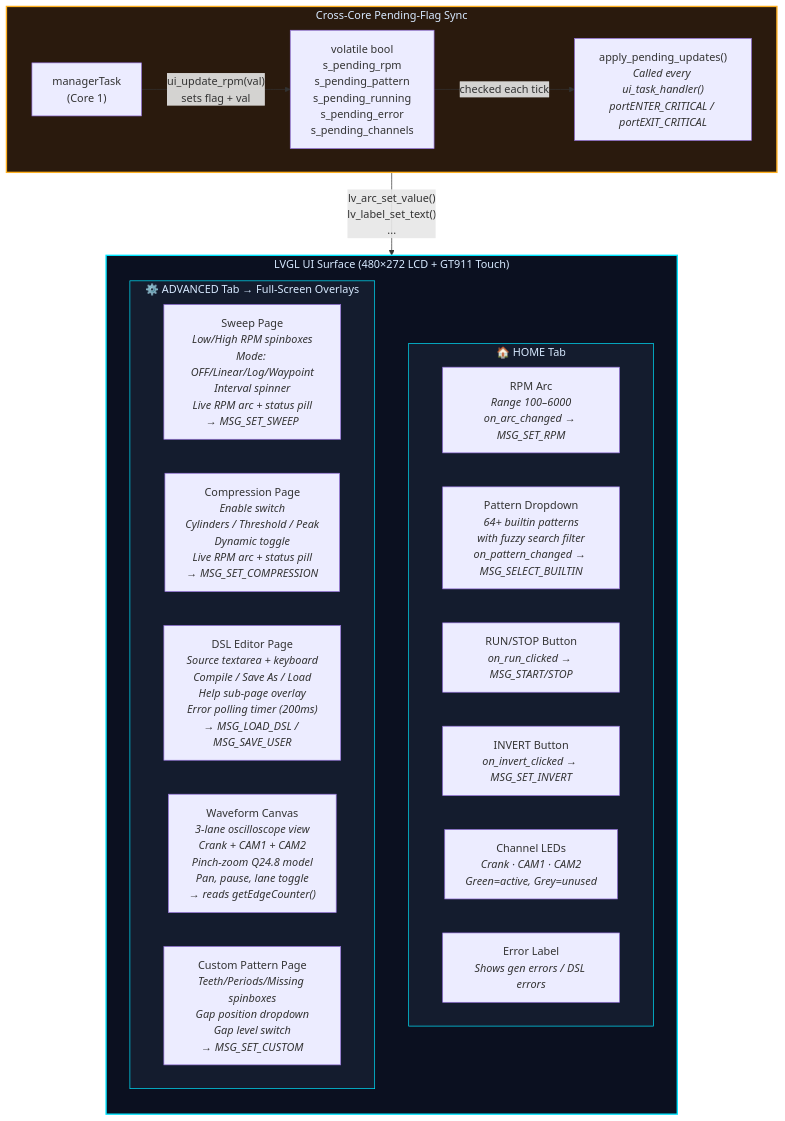
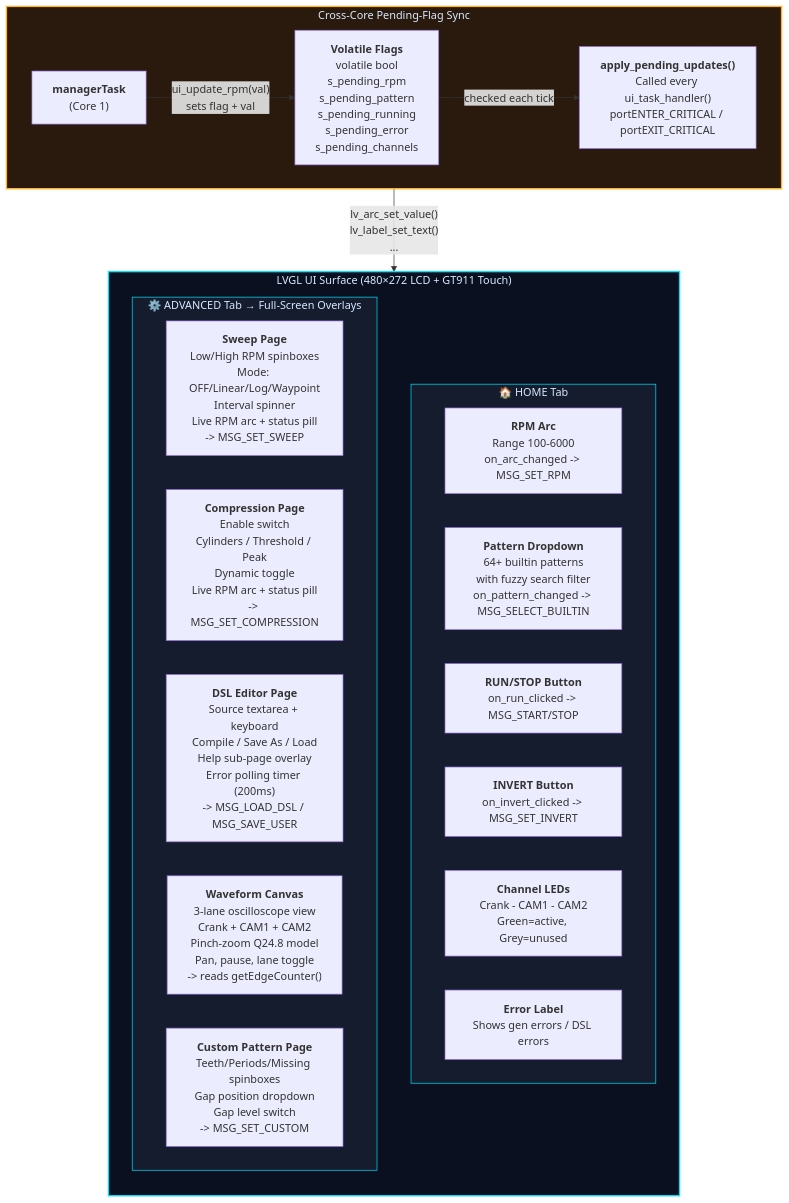
Before and after one commit to mfares-88/Signal_Generator: the fifth of 11 diagrams in _0.Overview-Diagram/architecture_diagram.md, drawn with Mermaid. The commit also changed other lines of this file and 3 other files, not shown here.

```diff
--- a/_0.Overview-Diagram/architecture_diagram.md
+++ b/_0.Overview-Diagram/architecture_diagram.md
@@ -276,33 +374,79 @@
         direction TB
 
         subgraph HOME["🏠 HOME Tab"]
-            ARC["RPM Arc<br/><i>Range 100–6000</i><br/><i>on_arc_changed → MSG_SET_RPM</i>"]
-            DD["Pattern Dropdown<br/><i>64+ builtin patterns</i><br/><i>with fuzzy search filter</i><br/><i>on_pattern_changed → MSG_SELECT_BUILTIN</i>"]
-            BTN_RUN["RUN/STOP Button<br/><i>on_run_clicked → MSG_START/STOP</i>"]
-            BTN_INV["INVERT Button<br/><i>on_invert_clicked → MSG_SET_INVERT</i>"]
-            LEDS["Channel LEDs<br/><i>Crank · CAM1 · CAM2</i><br/><i>Green=active, Grey=unused</i>"]
-            ERR["Error Label<br/><i>Shows gen errors / DSL errors</i>"]
+            ARC["`**RPM Arc**
+            Range 100-6000
+            on_arc_changed -> MSG_SET_RPM`"]
+            DD["`**Pattern Dropdown**
+            64+ builtin patterns
+            with fuzzy search filter
+            on_pattern_changed -> MSG_SELECT_BUILTIN`"]
+            BTN_RUN["`**RUN/STOP Button**
+            on_run_clicked -> MSG_START/STOP`"]
+            BTN_INV["`**INVERT Button**
+            on_invert_clicked -> MSG_SET_INVERT`"]
+            LEDS["`**Channel LEDs**
+            Crank - CAM1 - CAM2
+            Green=active, Grey=unused`"]
+            ERR["`**Error Label**
+            Shows gen errors / DSL errors`"]
         end
 
         subgraph ADV["⚙️ ADVANCED Tab → Full-Screen Overlays"]
             direction LR
-            SWEEP_PAGE["Sweep Page<br/><i>Low/High RPM spinboxes</i><br/><i>Mode: OFF/Linear/Log/Waypoint</i><br/><i>Interval spinner</i><br/><i>Live RPM arc + status pill</i><br/><i>→ MSG_SET_SWEEP</i>"]
-            COMP_PAGE["Compression Page<br/><i>Enable switch</i><br/><i>Cylinders / Threshold / Peak</i><br/><i>Dynamic toggle</i><br/><i>Live RPM arc + status pill</i><br/><i>→ MSG_SET_COMPRESSION</i>"]
-            DSL_PAGE["DSL Editor Page<br/><i>Source textarea + keyboard</i><br/><i>Compile / Save As / Load</i><br/><i>Help sub-page overlay</i><br/><i>Error polling timer (200ms)</i><br/><i>→ MSG_LOAD_DSL / MSG_SAVE_USER</i>"]
-            WAVE_PAGE["Waveform Canvas<br/><i>3-lane oscilloscope view</i><br/><i>Crank + CAM1 + CAM2</i><br/><i>Pinch-zoom Q24.8 model</i><br/><i>Pan, pause, lane toggle</i><br/><i>→ reads getEdgeCounter()</i>"]
-            CUSTOM_PAGE["Custom Pattern Page<br/><i>Teeth/Periods/Missing spinboxes</i><br/><i>Gap position dropdown</i><br/><i>Gap level switch</i><br/><i>→ MSG_SET_CUSTOM</i>"]
+            SWEEP_PAGE["`**Sweep Page**
+            Low/High RPM spinboxes
+            Mode: OFF/Linear/Log/Waypoint
+            Interval spinner
+            Live RPM arc + status pill
+            -> MSG_SET_SWEEP`"]
+            COMP_PAGE["`**Compression Page**
+            Enable switch
+            Cylinders / Threshold / Peak
+            Dynamic toggle
+            Live RPM arc + status pill
+            -> MSG_SET_COMPRESSION`"]
+            DSL_PAGE["`**DSL Editor Page**
+            Source textarea + keyboard
+            Compile / Save As / Load
+            Help sub-page overlay
+            Error polling timer (200ms)
+            -> MSG_LOAD_DSL / MSG_SAVE_USER`"]
+            WAVE_PAGE["`**Waveform Canvas**
+            3-lane oscilloscope view
+            Crank + CAM1 + CAM2
+            Pinch-zoom Q24.8 model
+            Pan, pause, lane toggle
+            -> reads getEdgeCounter()`"]
+            CUSTOM_PAGE["`**Custom Pattern Page**
+            Teeth/Periods/Missing spinboxes
+            Gap position dropdown
+            Gap level switch
+            -> MSG_SET_CUSTOM`"]
         end
     end
 
     subgraph SYNC["Cross-Core Pending-Flag Sync"]
         direction LR
-        BACKEND["managerTask<br/>(Core 1)"]
-        FLAGS["volatile bool<br/>s_pending_rpm<br/>s_pending_pattern<br/>s_pending_running<br/>s_pending_error<br/>s_pending_channels"]
-        APPLY["apply_pending_updates()<br/><i>Called every ui_task_handler()</i><br/><i>portENTER_CRITICAL / portEXIT_CRITICAL</i>"]
+        BACKEND["`**managerTask**
+        (Core 1)`"]
+        FLAGS["`**Volatile Flags**
+        volatile bool
+        s_pending_rpm
+        s_pending_pattern
+        s_pending_running
+        s_pending_error
+        s_pending_channels`"]
+        APPLY["`**apply_pending_updates()**
+        Called every ui_task_handler()
+        portENTER_CRITICAL / portEXIT_CRITICAL`"]
 
-        BACKEND -->|"ui_update_rpm(val)<br/>sets flag + val"| FLAGS
+        BACKEND -->|"`ui_update_rpm(val)
+        sets flag + val`"| FLAGS
         FLAGS -->|"checked each tick"| APPLY
-        APPLY -->|"lv_arc_set_value()<br/>lv_label_set_text()<br/>..."| HOME
+        APPLY -->|"`lv_arc_set_value()
+        lv_label_set_text()
+        ...`"| HOME
     end
 
     style UI_PAGES fill:#0B1020,stroke:#00E5FF,stroke-width:2px,color:#D7E9FF
```
